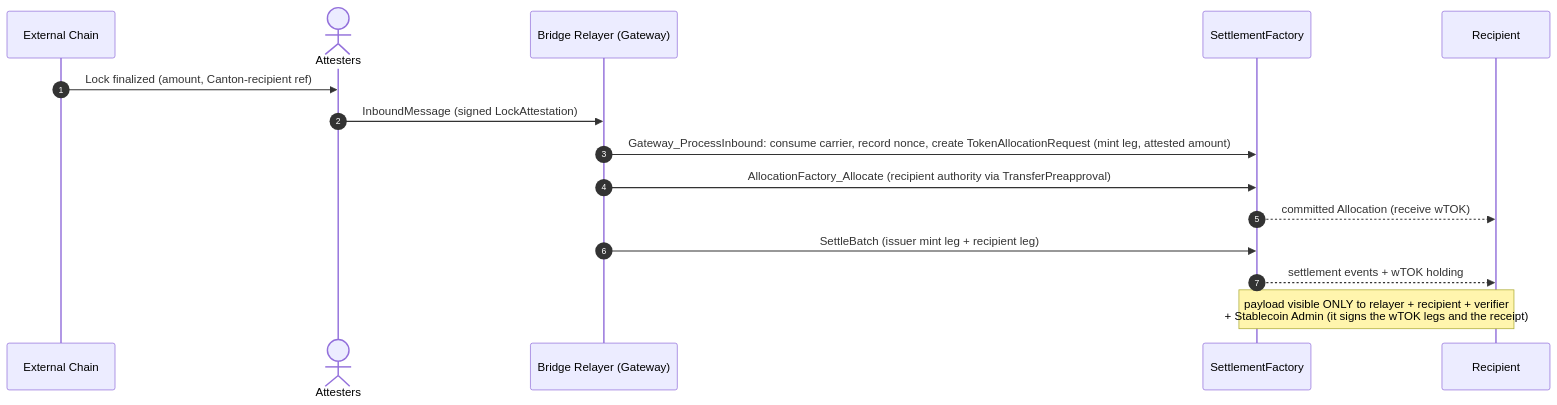
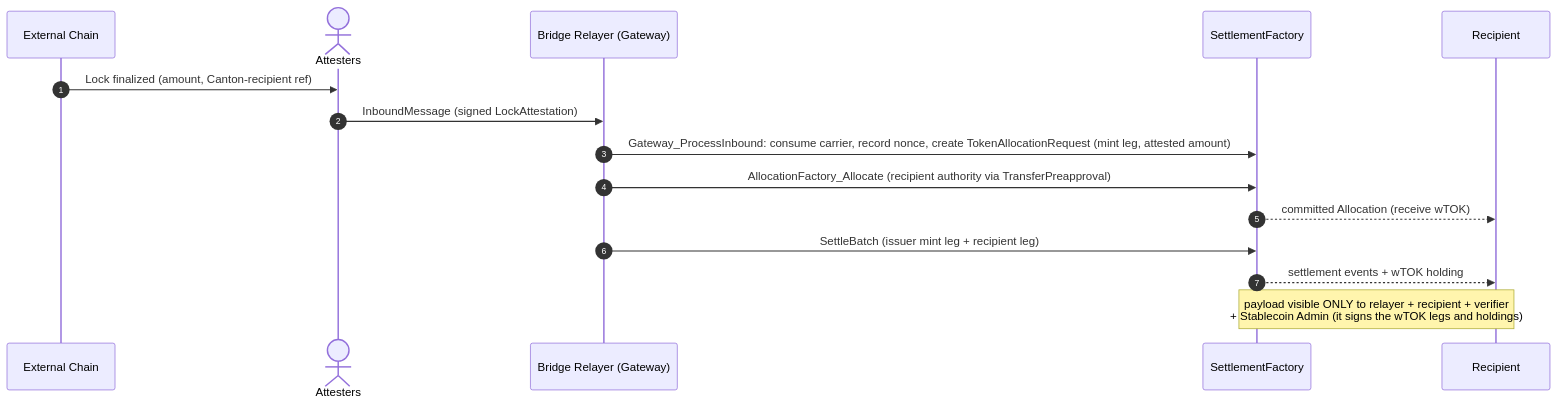
The fifth of 5 diagrams in docs/reference-architectures/cross-chain-stablecoin.md (OpenZeppelin/canton-specs), drawn with Mermaid before and after one commit. The commit also changed other lines of this file, not shown here.

Commit message:
HIGH-3: correct the TokenEventLog privacy row and drop the settlement receipt the linked spine does not have

````diff
--- a/docs/reference-architectures/cross-chain-stablecoin.md
+++ b/docs/reference-architectures/cross-chain-stablecoin.md
@@ -284,18 +284,18 @@
 ```mermaid
 sequenceDiagram
     autonumber
     participant Ext as External Chain
     actor Attesters
     participant Relayer as Bridge Relayer (Gateway)
     participant SettleFactory as SettlementFactory
     participant Recipient
 
     Ext->>Attesters: Lock finalized (amount, Canton-recipient ref)
     Attesters->>Relayer: InboundMessage (signed LockAttestation)
     Relayer->>SettleFactory: Gateway_ProcessInbound: consume carrier, record nonce, create TokenAllocationRequest (mint leg, attested amount)
     Relayer->>SettleFactory: AllocationFactory_Allocate (recipient authority via TransferPreapproval)
     SettleFactory-->>Recipient: committed Allocation (receive wTOK)
     Relayer->>SettleFactory: SettleBatch (issuer mint leg + recipient leg)
     SettleFactory-->>Recipient: settlement events + wTOK holding
-    Note over SettleFactory,Recipient: payload visible ONLY to relayer + recipient + verifier<br/>+ Stablecoin Admin (it signs the wTOK legs and the receipt);
+    Note over SettleFactory,Recipient: payload visible ONLY to relayer + recipient + verifier<br/>+ Stablecoin Admin (it signs the wTOK legs and holdings);
 ```
````
